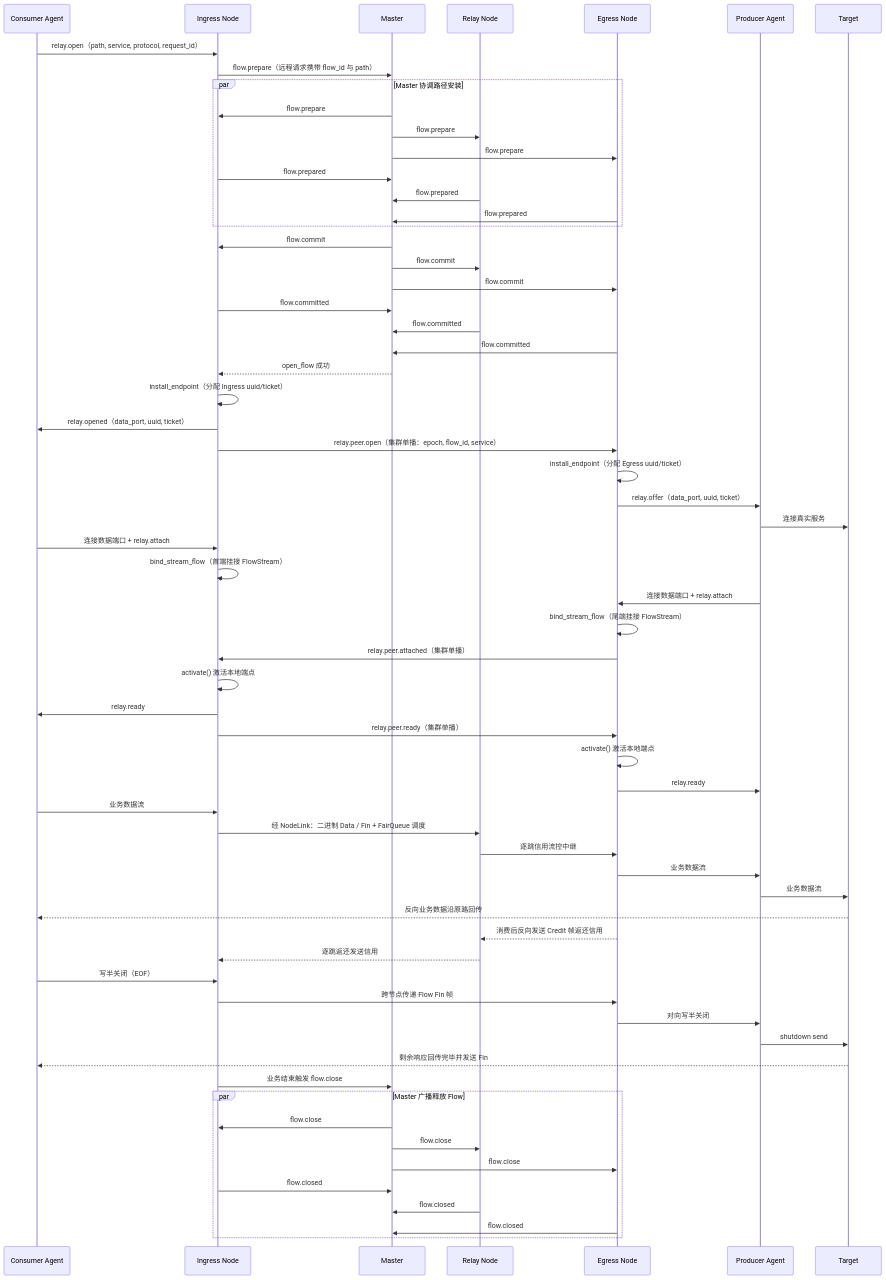
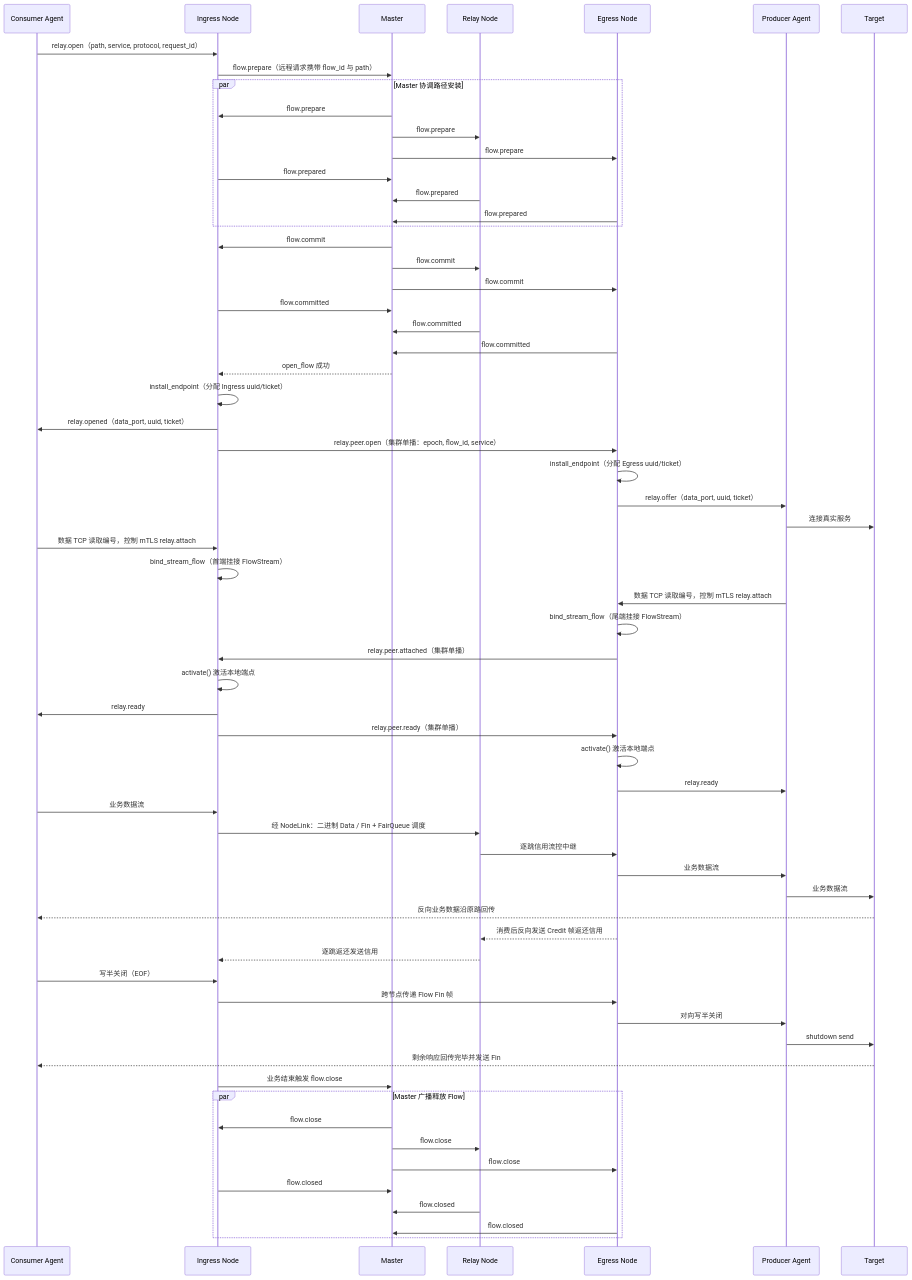
Before and after one commit to Xtinc/relayweave: diagram 19 of 20 in docs/RelayWeave设计.md, drawn with Mermaid. The commit also changed other lines of this file and 62 other files, not shown here.

````diff
--- a/docs/RelayWeave设计.md
+++ b/docs/RelayWeave设计.md
@@ -1261,65 +1270,65 @@
 ```mermaid
 sequenceDiagram
     participant C as Consumer Agent
     participant Ingress as Ingress Node
     participant M as Master
     participant Relay as Relay Node
     participant Egress as Egress Node
     participant P as Producer Agent
     participant Target as Target
     C->>Ingress: relay.open（path, service, protocol, request_id）
     Ingress->>M: flow.prepare（远程请求携带 flow_id 与 path）
     par Master 协调路径安装
         M->>Ingress: flow.prepare
         M->>Relay: flow.prepare
         M->>Egress: flow.prepare
         Ingress->>M: flow.prepared
         Relay->>M: flow.prepared
         Egress->>M: flow.prepared
     end
     M->>Ingress: flow.commit
     M->>Relay: flow.commit
     M->>Egress: flow.commit
     Ingress->>M: flow.committed
     Relay->>M: flow.committed
     Egress->>M: flow.committed
     M-->>Ingress: open_flow 成功
     Ingress->>Ingress: install_endpoint（分配 Ingress uuid/ticket）
     Ingress->>C: relay.opened（data_port, uuid, ticket）
     Ingress->>Egress: relay.peer.open（集群单播：epoch, flow_id, service）
     Egress->>Egress: install_endpoint（分配 Egress uuid/ticket）
     Egress->>P: relay.offer（data_port, uuid, ticket）
     P->>Target: 连接真实服务
-    C->>Ingress: 连接数据端口 + relay.attach
+    C->>Ingress: 数据 TCP 读取编号，控制 mTLS relay.attach
     Ingress->>Ingress: bind_stream_flow（首端挂接 FlowStream）
-    P->>Egress: 连接数据端口 + relay.attach
+    P->>Egress: 数据 TCP 读取编号，控制 mTLS relay.attach
     Egress->>Egress: bind_stream_flow（尾端挂接 FlowStream）
     Egress->>Ingress: relay.peer.attached（集群单播）
     Ingress->>Ingress: activate() 激活本地端点
     Ingress->>C: relay.ready
     Ingress->>Egress: relay.peer.ready（集群单播）
     Egress->>Egress: activate() 激活本地端点
     Egress->>P: relay.ready
     C->>Ingress: 业务数据流
     Ingress->>Relay: 经 NodeLink：二进制 Data / Fin + FairQueue 调度
     Relay->>Egress: 逐跳信用流控中继
     Egress->>P: 业务数据流
     P->>Target: 业务数据流
     Target-->>C: 反向业务数据沿原路回传
     Egress-->>Relay: 消费后反向发送 Credit 帧返还信用
     Relay-->>Ingress: 逐跳返还发送信用
     C->>Ingress: 写半关闭（EOF）
     Ingress->>Egress: 跨节点传递 Flow Fin 帧
     Egress->>P: 对向写半关闭
     P->>Target: shutdown send
     Target-->>C: 剩余响应回传完毕并发送 Fin
     Ingress->>M: 业务结束触发 flow.close
     par Master 广播释放 Flow
         M->>Ingress: flow.close
         M->>Relay: flow.close
         M->>Egress: flow.close
         Ingress->>M: flow.closed
         Relay->>M: flow.closed
         Egress->>M: flow.closed
     end
 ```
````
